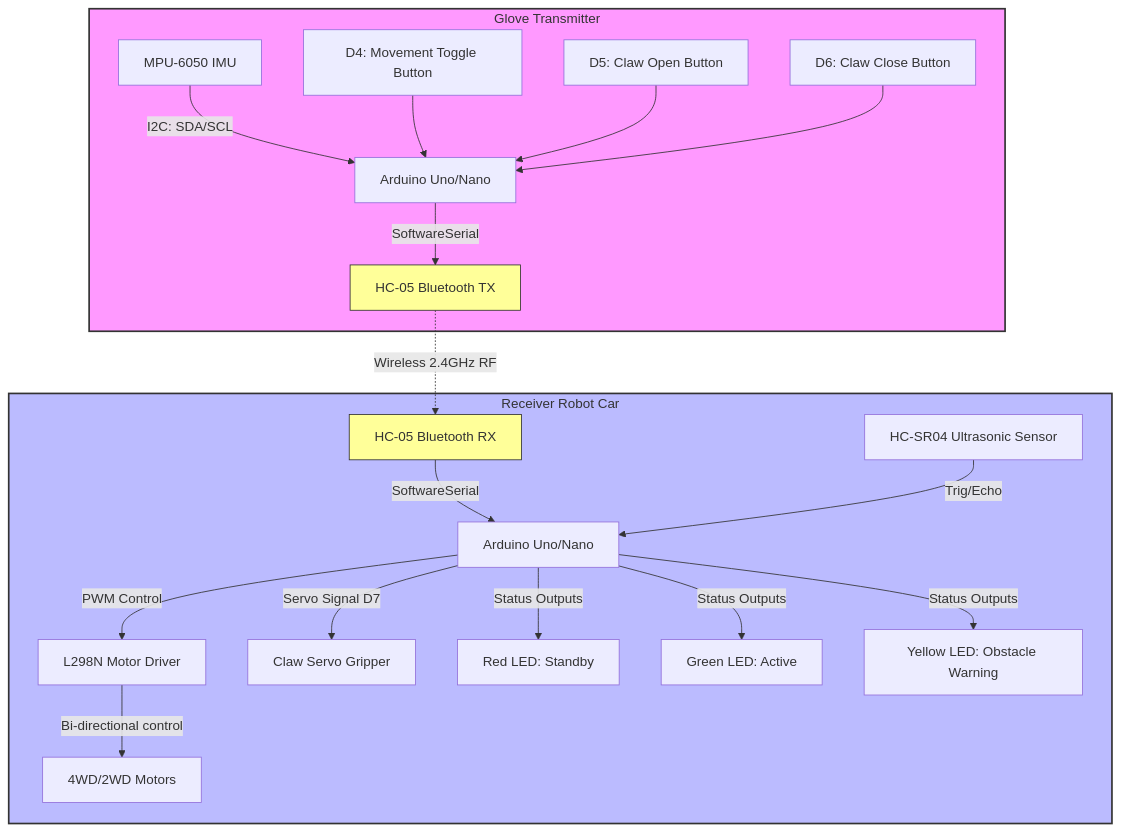
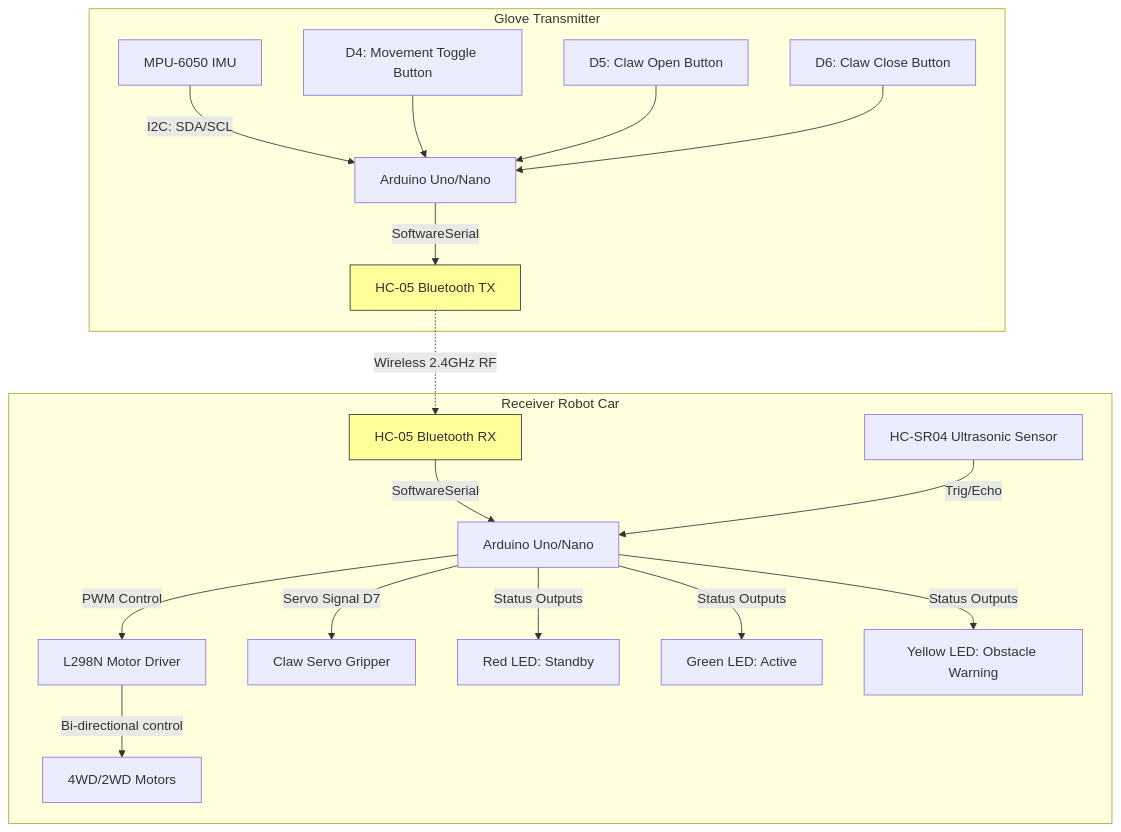
The diagram in README.md (Hasinish/Hand-Gesture-Controlled-Robot-Car-With-Claw), drawn with Mermaid before and after one commit.

Commit message:
Remove loud subgraph color styling to restore default dark-theme backgrounds

````diff
--- a/README.md
+++ b/README.md
@@ -11,31 +11,29 @@
 ```mermaid
 graph TD
     %% Transmitter Glove %%
     subgraph GloveTransmitter ["Glove Transmitter"]
         A[MPU-6050 IMU] -->|I2C: SDA/SCL| B[Arduino Uno/Nano]
         C[D4: Movement Toggle Button] --> B
         D[D5: Claw Open Button] --> B
         E[D6: Claw Close Button] --> B
         B -->|SoftwareSerial| F[HC-05 Bluetooth TX]
     end
 
     %% Wireless Link %%
     F -.->|Wireless 2.4GHz RF| G[HC-05 Bluetooth RX]
 
     %% Receiver Car %%
     subgraph ReceiverRobotCar ["Receiver Robot Car"]
         G -->|SoftwareSerial| H[Arduino Uno/Nano]
         H -->|PWM Control| I[L298N Motor Driver]
         I -->|Bi-directional control| J[4WD/2WD Motors]
         H -->|Servo Signal D7| K[Claw Servo Gripper]
         L[HC-SR04 Ultrasonic Sensor] -->|Trig/Echo| H
         H -->|Status Outputs| M[Red LED: Standby]
         H -->|Status Outputs| N[Green LED: Active]
         H -->|Status Outputs| O[Yellow LED: Obstacle Warning]
     end
 
-    style GloveTransmitter fill:#f9f,stroke:#333,stroke-width:2px
-    style ReceiverRobotCar fill:#bbf,stroke:#333,stroke-width:2px
     style F fill:#ff9,stroke:#333,stroke-width:1px
     style G fill:#ff9,stroke:#333,stroke-width:1px
 ```
````
